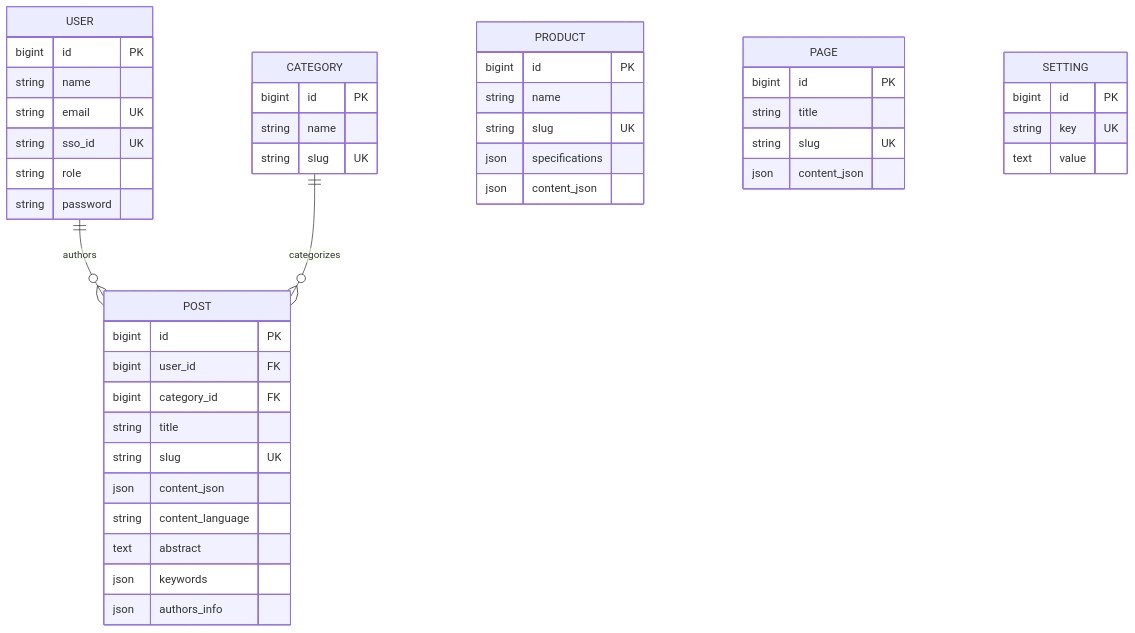
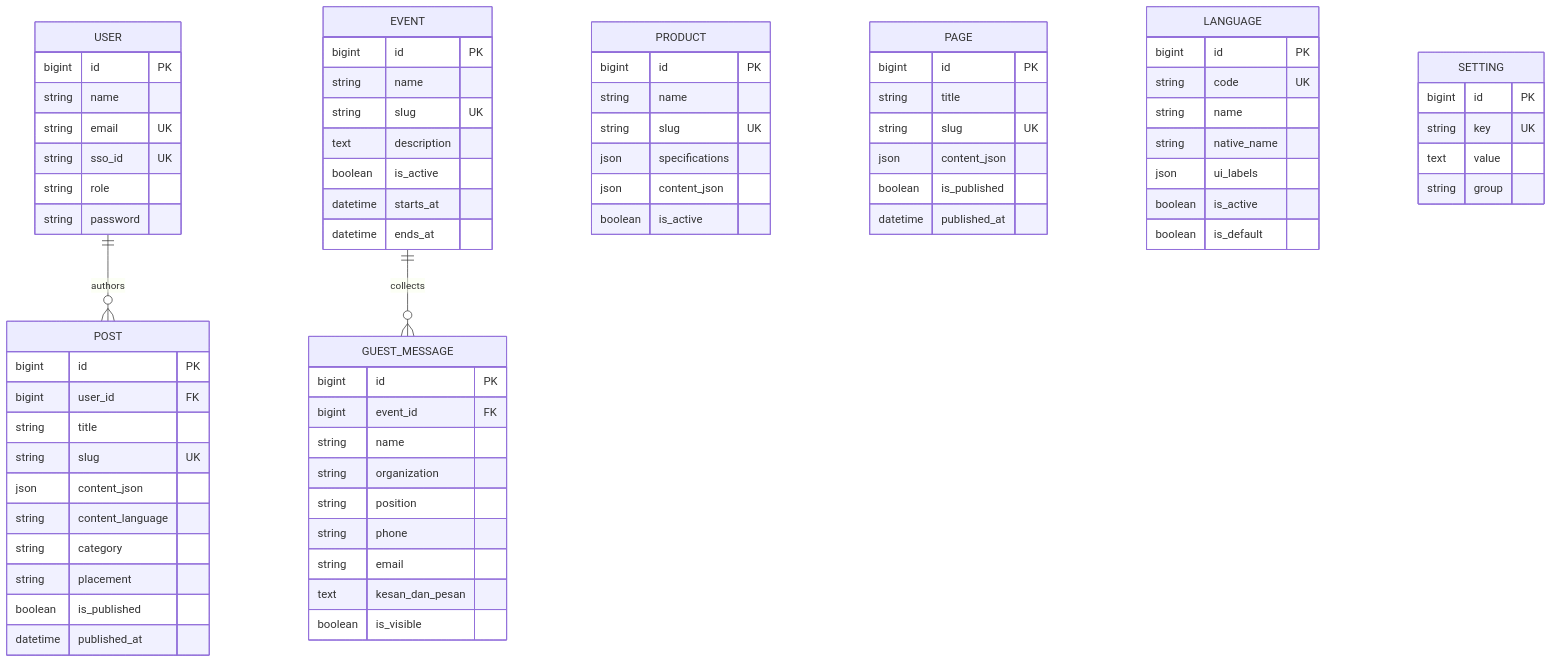
The fifth of 5 diagrams in docs/PRD.md (Madeena-software/madeena-company-profile), drawn with Mermaid before and after one commit. The commit also changed other lines of this file and 3 other files, not shown here.

````diff
--- a/docs/PRD.md
+++ b/docs/PRD.md
@@ -374,48 +387,76 @@
 ```mermaid
 erDiagram
     USER ||--o{ POST : authors
     USER {
         bigint id PK
         string name
         string email UK
         string sso_id UK
         string role
         string password
     }
-    CATEGORY ||--o{ POST : categorizes
-    CATEGORY {
+    EVENT ||--o{ GUEST_MESSAGE : collects
+    EVENT {
         bigint id PK
         string name
         string slug UK
+        text description
+        boolean is_active
+        datetime starts_at
+        datetime ends_at
+    }
+    GUEST_MESSAGE {
+        bigint id PK
+        bigint event_id FK
+        string name
+        string organization
+        string position
+        string phone
+        string email
+        text kesan_dan_pesan
+        boolean is_visible
     }
     POST {
         bigint id PK
         bigint user_id FK
-        bigint category_id FK
         string title
         string slug UK
         json content_json
         string content_language
-        text abstract
-        json keywords
-        json authors_info
+        string category
+        string placement
+        boolean is_published
+        datetime published_at
     }
     PRODUCT {
         bigint id PK
         string name
         string slug UK
         json specifications
         json content_json
+        boolean is_active
     }
     PAGE {
         bigint id PK
         string title
         string slug UK
         json content_json
+        boolean is_published
+        datetime published_at
+    }
+    LANGUAGE {
+        bigint id PK
+        string code UK
+        string name
+        string native_name
+        json ui_labels
+        boolean is_active
+        boolean is_default
     }
     SETTING {
         bigint id PK
         string key UK
         text value
+        string group
     }
 ```
````
